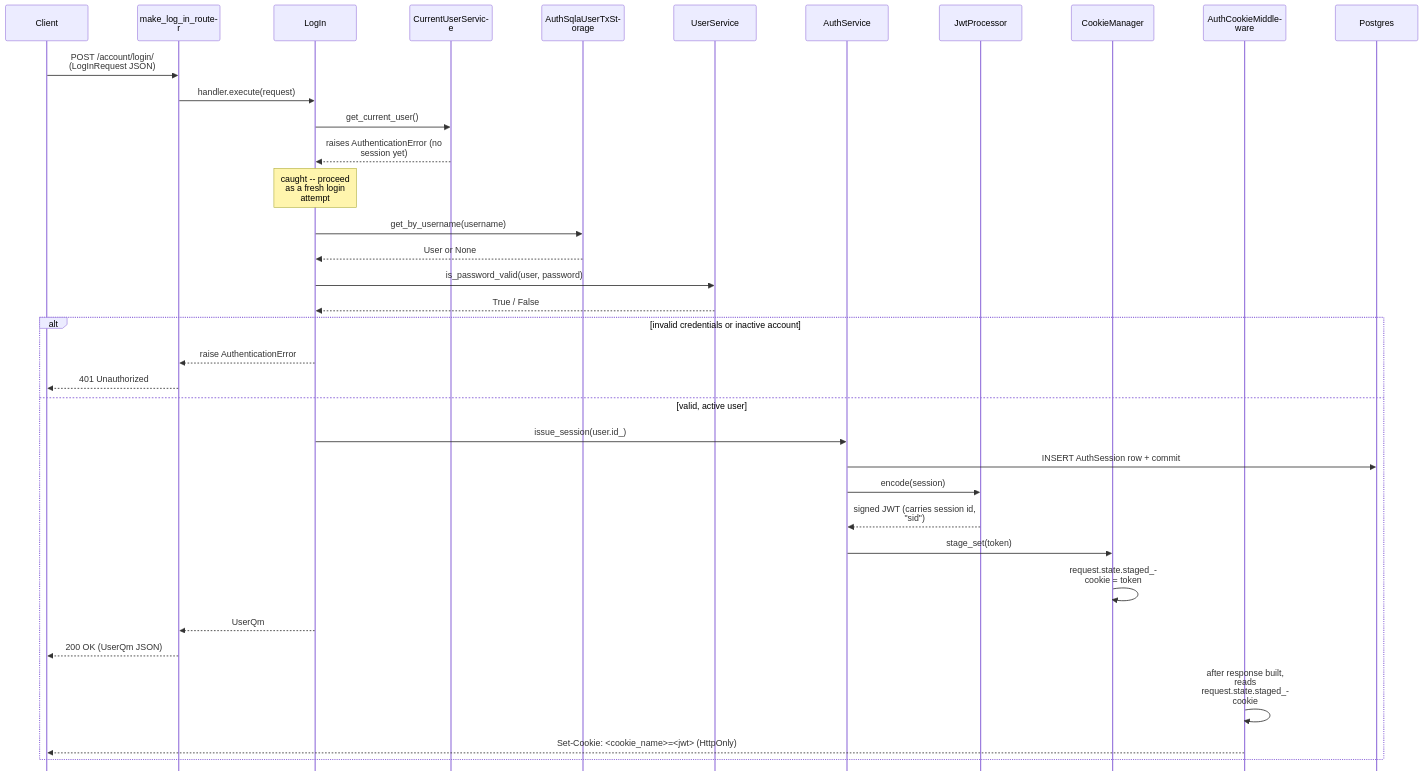
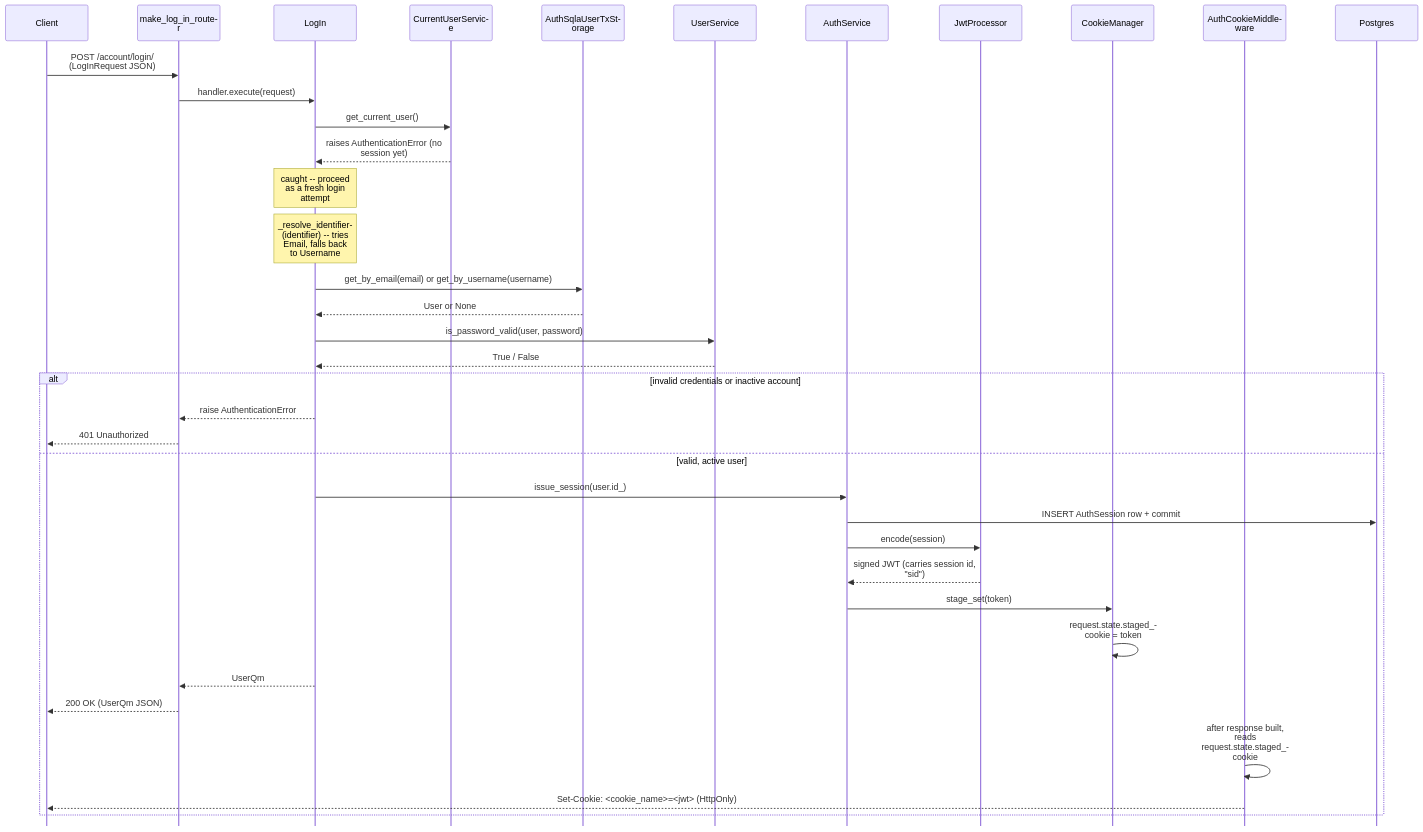
The diagram in docs/wiki/content/use-case-examples/account-log-in.md (Kgotso-Koete/fastapi-clean-example), drawn with Mermaid before and after one commit. The commit also changed other lines of this file and 26 other files, not shown here.

````diff
--- a/docs/wiki/content/use-case-examples/account-log-in.md
+++ b/docs/wiki/content/use-case-examples/account-log-in.md
@@ -20,40 +20,41 @@
     ```mermaid
     %%{init: {"theme": "default", "themeVariables": {"fontSize": "16px"}, "sequence": {"useMaxWidth": false, "diagramMarginX": 30, "diagramMarginY": 20, "actorMargin": 90, "boxMargin": 12, "messageMargin": 45, "messageFontSize": 15, "actorFontSize": 15, "noteFontSize": 13, "wrap": true, "mirrorActors": false}}}%%
     sequenceDiagram
         participant Client
         participant Router as make_log_in_router
         participant Handler as LogIn
         participant CUS as CurrentUserService
         participant Storage as AuthSqlaUserTxStorage
         participant US as UserService
         participant Auth as AuthService
         participant JWT as JwtProcessor
         participant Cookie as CookieManager
         participant MW as AuthCookieMiddleware
         participant DB as Postgres
 
         Client->>Router: POST /account/login/ (LogInRequest JSON)
         Router->>Handler: handler.execute(request)
         Handler->>CUS: get_current_user()
         CUS-->>Handler: raises AuthenticationError (no session yet)
         Note over Handler: caught -- proceed as a fresh login attempt
-        Handler->>Storage: get_by_username(username)
+        Note over Handler: _resolve_identifier(identifier) -- tries Email, falls back to Username
+        Handler->>Storage: get_by_email(email) or get_by_username(username)
         Storage-->>Handler: User or None
         Handler->>US: is_password_valid(user, password)
         US-->>Handler: True / False
         alt invalid credentials or inactive account
             Handler-->>Router: raise AuthenticationError
             Router-->>Client: 401 Unauthorized
         else valid, active user
             Handler->>Auth: issue_session(user.id_)
             Auth->>DB: INSERT AuthSession row + commit
             Auth->>JWT: encode(session)
             JWT-->>Auth: signed JWT (carries session id, "sid")
             Auth->>Cookie: stage_set(token)
             Cookie->>Cookie: request.state.staged_cookie = token
             Handler-->>Router: UserQm
             Router-->>Client: 200 OK (UserQm JSON)
             MW->>MW: after response built, reads request.state.staged_cookie
             MW-->>Client: Set-Cookie: <cookie_name>=<jwt> (HttpOnly)
         end
     ```
````
